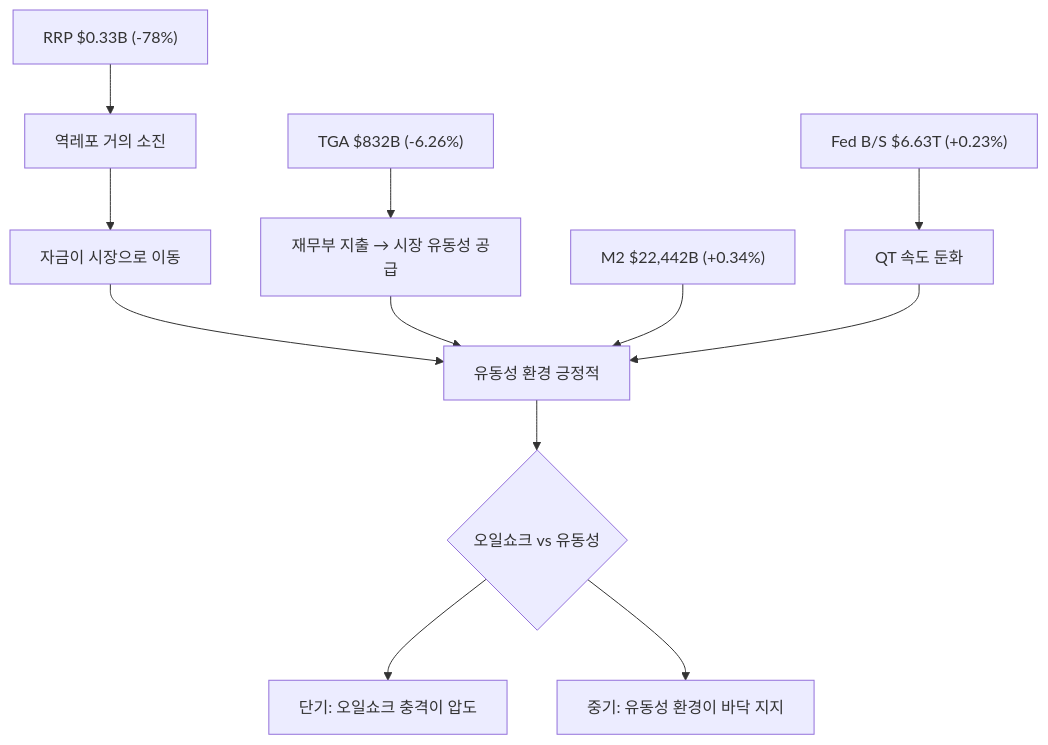
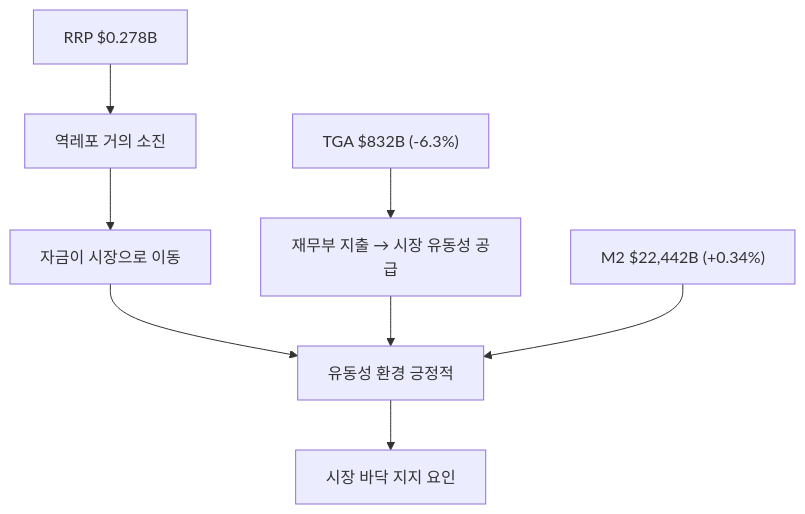
One commit to dss99911/dss99911.github.io changed the fourth of 8 diagrams in _posts/knowledge/invest/2026-01-21-macroeconomic-policy-sector-outlook-2026.md. Above: the diagram before and after it, drawn with Mermaid. The commit also changed other lines of this file and 6 other files, not shown here.

````diff
--- a/_posts/knowledge/invest/2026-01-21-macroeconomic-policy-sector-outlook-2026.md
+++ b/_posts/knowledge/invest/2026-01-21-macroeconomic-policy-sector-outlook-2026.md
@@ -223,14 +219,10 @@
 ```mermaid
 graph TD
-    A["RRP $0.33B (-78%)"] --> B["역레포 거의 소진"]
+    A["RRP $0.278B"] --> B["역레포 거의 소진"]
     B --> C["자금이 시장으로 이동"]
-    D["TGA $832B (-6.26%)"] --> E["재무부 지출 → 시장 유동성 공급"]
+    D["TGA $832B (-6.3%)"] --> E["재무부 지출 → 시장 유동성 공급"]
     C --> F["유동성 환경 긍정적"]
     E --> F
     G["M2 $22,442B (+0.34%)"] --> F
-    H["Fed B/S $6.63T (+0.23%)"] --> I["QT 속도 둔화"]
-    I --> F
-    F --> J{"오일쇼크 vs 유동성"}
-    J --> K["단기: 오일쇼크 충격이 압도"]
-    J --> L["중기: 유동성 환경이 바닥 지지"]
+    F --> H["시장 바닥 지지 요인"]
 ```
````
